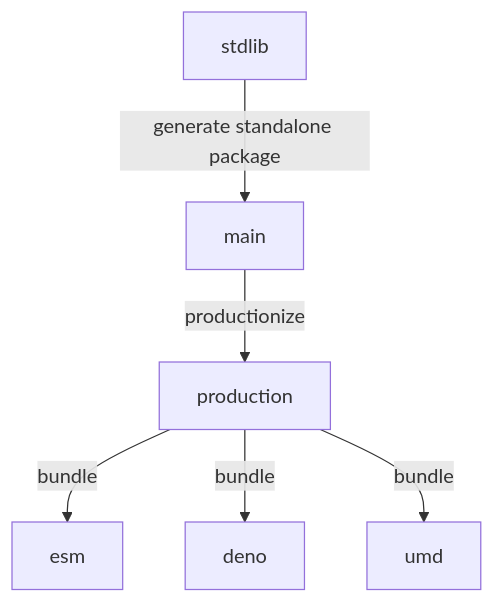
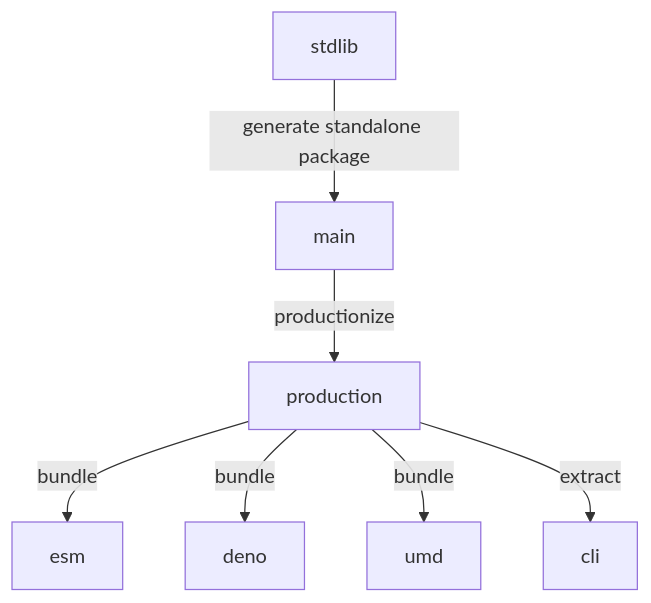
One commit to stdlib-js/assert-has-int16array-support changed the diagram in branches.md. Above: the diagram before and after it, drawn with Mermaid. The commit also changed other lines of this file and 8 other files, not shown here.

````diff
--- a/branches.md
+++ b/branches.md
@@ -33,15 +34,17 @@
 ```mermaid
 graph TD;
 A[stdlib]-->|generate standalone package|B;
 B[main] -->|productionize| C[production];
 C -->|bundle| D[esm];
 C -->|bundle| E[deno];
 C -->|bundle| F[umd];
+C -->|extract| G[cli];
 
-click A href "https://github.com/stdlib-js/stdlib/tree/develop/lib/node_modules/%40stdlib/assert/has-int16array-support"
-click B href "https://github.com/stdlib-js/assert-has-int16array-support/tree/main"
-click C href "https://github.com/stdlib-js/assert-has-int16array-support/tree/production"
-click D href "https://github.com/stdlib-js/assert-has-int16array-support/tree/esm"
-click E href "https://github.com/stdlib-js/assert-has-int16array-support/tree/deno"
-click F href "https://github.com/stdlib-js/assert-has-int16array-support/tree/umd"
+%% click A href "https://github.com/stdlib-js/stdlib/tree/develop/lib/node_modules/%40stdlib/assert/has-int16array-support"
+%% click B href "https://github.com/stdlib-js/assert-has-int16array-support/tree/main"
+%% click C href "https://github.com/stdlib-js/assert-has-int16array-support/tree/production"
+%% click D href "https://github.com/stdlib-js/assert-has-int16array-support/tree/esm"
+%% click E href "https://github.com/stdlib-js/assert-has-int16array-support/tree/deno"
+%% click F href "https://github.com/stdlib-js/assert-has-int16array-support/tree/umd"
+%% click G href "https://github.com/stdlib-js/assert-has-int16array-support/tree/cli"
 ```
````
